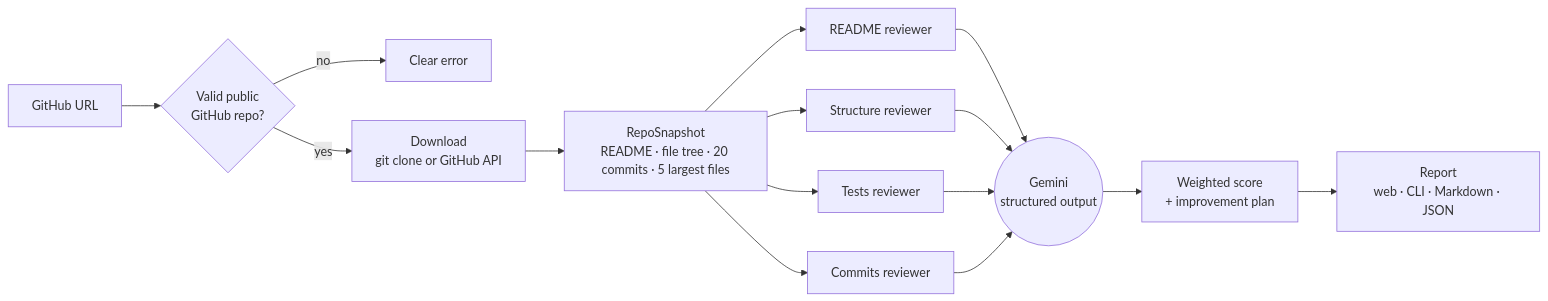
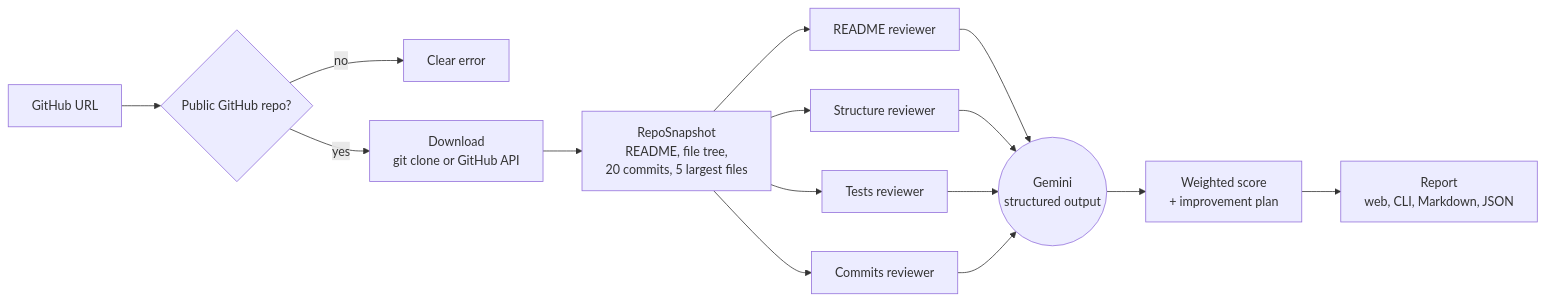
The diagram in README.md (Sfditala/RepoLens), drawn with Mermaid before and after one commit.

Commit message:
Fix the README diagram so GitHub renders it

````diff
--- a/README.md
+++ b/README.md
@@ -30,14 +30,17 @@
 ```mermaid
 flowchart LR
-    U["GitHub URL"] --> V{"Valid public<br/>GitHub repo?"}
+    U["GitHub URL"] --> V{"Public GitHub repo?"}
     V -- no --> E["Clear error"]
     V -- yes --> D["Download<br/>git clone or GitHub API"]
-    D --> S["RepoSnapshot<br/>README · file tree · 20 commits · 5 largest files"]
+    D --> S["RepoSnapshot<br/>README, file tree,<br/>20 commits, 5 largest files"]
     S --> R1["README reviewer"]
     S --> R2["Structure reviewer"]
     S --> R3["Tests reviewer"]
     S --> R4["Commits reviewer"]
-    R1 & R2 & R3 & R4 --> L(("Gemini<br/>structured output"))
+    R1 --> L(("Gemini<br/>structured output"))
+    R2 --> L
+    R3 --> L
+    R4 --> L
     L --> W["Weighted score<br/>+ improvement plan"]
-    W --> O["Report<br/>web · CLI · Markdown · JSON"]
+    W --> O["Report<br/>web, CLI, Markdown, JSON"]
 ```
````
